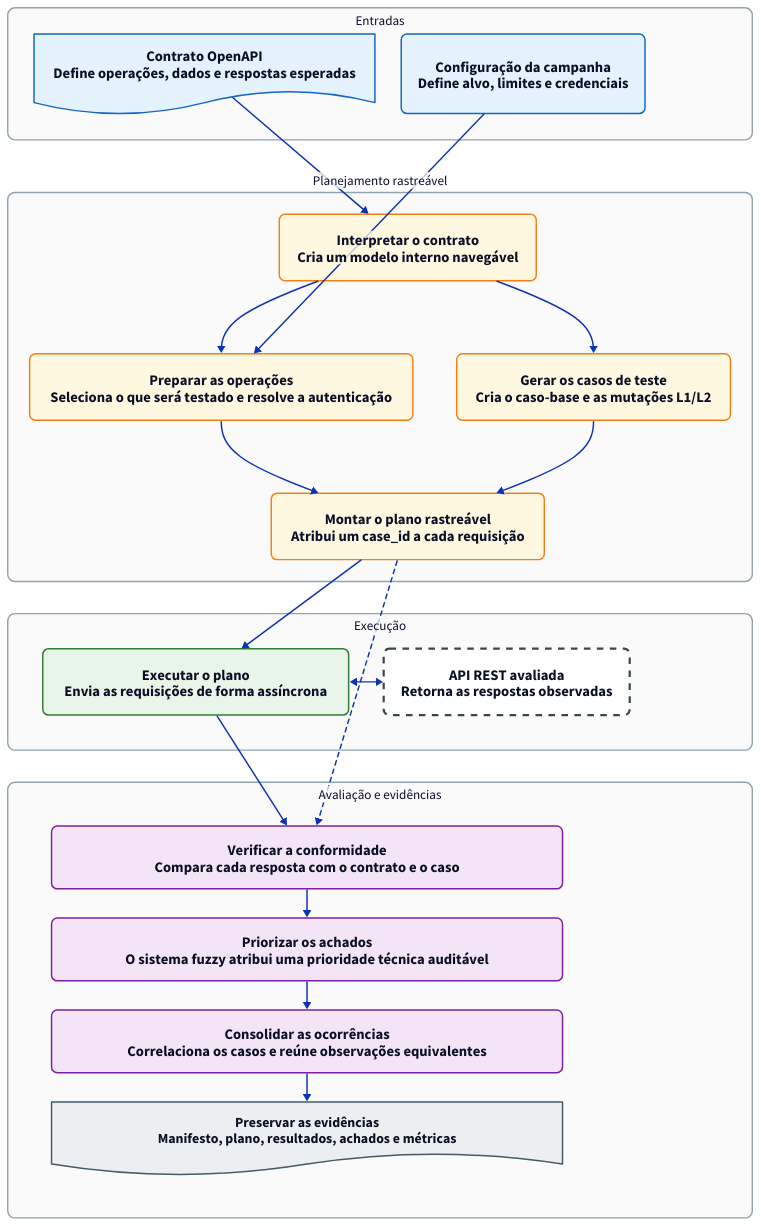
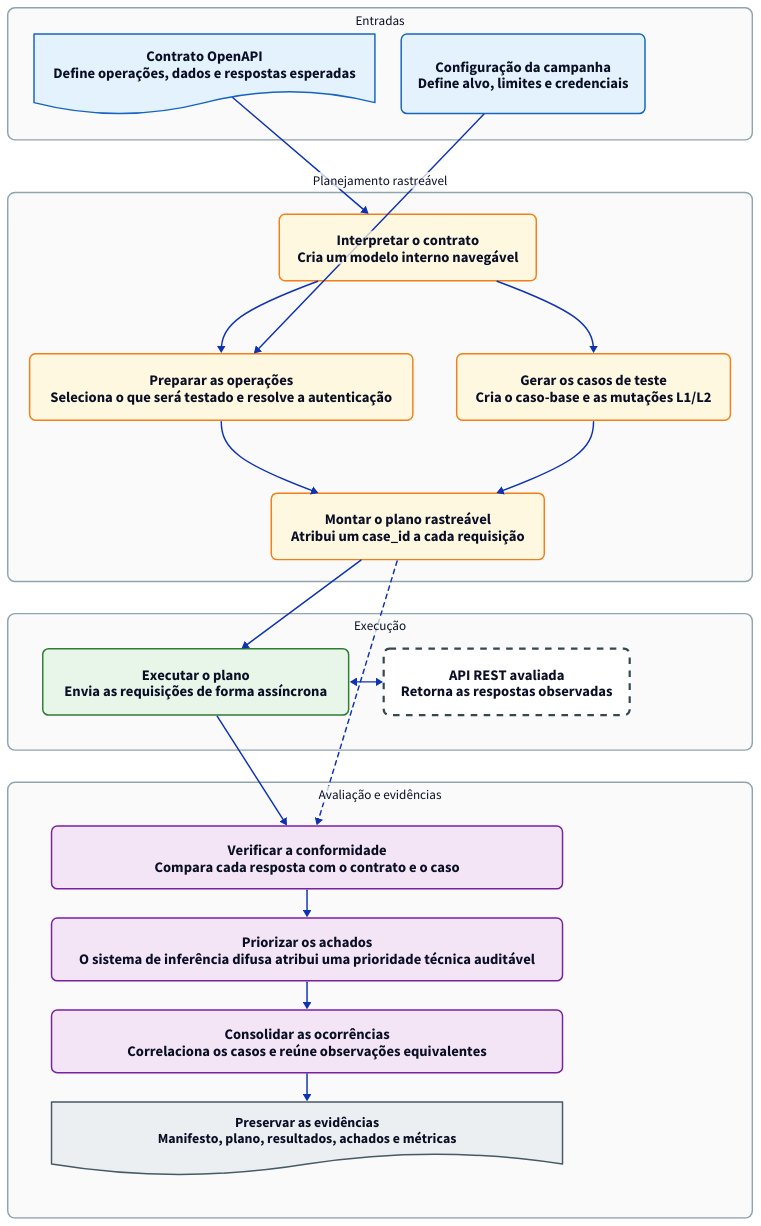
One commit to Levi-21545/api-fuzzer changed the diagram in docs/Diagrams/system-architecture.d2. Above: the diagram before and after it, drawn with D2. The commit also changed 11 other files, not shown here.

```diff
--- a/docs/Diagrams/system-architecture.d2
+++ b/docs/Diagrams/system-architecture.d2
@@ -1,156 +1,156 @@
 # Arquitetura interna do OpenAPI Contract Fuzzer
 # d2 --layout elk --pad 32 system-architecture.d2 system-architecture.svg
 
 direction: down
 grid-columns: 1
 grid-gap: 44
 style.fill: "#FFFFFF"
 
 classes: {
   group: {
     style: {
       fill: "#FAFAFA"
       stroke: "#90A4AE"
       stroke-width: 2
       border-radius: 10
       font-size: 18
     }
   }
   input: {
     style: {
       fill: "#E3F2FD"
       stroke: "#1565C0"
       stroke-width: 2
       border-radius: 8
       font-size: 20
     }
   }
   planning: {
     style: {
       fill: "#FFF8E1"
       stroke: "#F57F17"
       stroke-width: 2
       border-radius: 8
       font-size: 20
     }
   }
   runtime: {
     style: {
       fill: "#E8F5E9"
       stroke: "#2E7D32"
       stroke-width: 2
       border-radius: 8
       font-size: 20
     }
   }
   evaluation: {
     style: {
       fill: "#F3E5F5"
       stroke: "#7B1FA2"
       stroke-width: 2
       border-radius: 8
       font-size: 20
     }
   }
   evidence: {
     shape: document
     style: {
       fill: "#ECEFF1"
       stroke: "#455A64"
       stroke-width: 2
       font-size: 19
     }
   }
   external: {
     style: {
       fill: "#FFFFFF"
       stroke: "#37474F"
       stroke-width: 3
       stroke-dash: 3
       border-radius: 8
       font-size: 20
     }
   }
 }
 
 inputs: "Entradas" {
   grid-columns: 2
   grid-gap: 36
   class: group
 
   contract: "Contrato OpenAPI\nDefine operações, dados e respostas esperadas" {
     shape: document
     class: input
   }
   configuration: "Configuração da campanha\nDefine alvo, limites e credenciais" {
     class: input
   }
 }
 
 plan: "Planejamento rastreável" {
   direction: down
   class: group
 
   parser: "Interpretar o contrato\nCria um modelo interno navegável" {
     class: planning
   }
   generation: "Gerar os casos de teste\nCria o caso-base e as mutações L1/L2" {
     class: planning
   }
   selection: "Preparar as operações\nSeleciona o que será testado e resolve a autenticação" {
     class: planning
   }
   builder: "Montar o plano rastreável\nAtribui um case_id a cada requisição" {
     class: planning
   }
 }
 
 execution: "Execução" {
   grid-columns: 2
   grid-gap: 48
   class: group
 
   runner: "Executar o plano\nEnvia as requisições de forma assíncrona" {
     class: runtime
   }
   target: "API REST avaliada\nRetorna as respostas observadas" {
     class: external
   }
 }
 
 evaluation: "Avaliação e evidências" {
   direction: down
   grid-columns: 1
   class: group
 
   analyzer: "Verificar a conformidade\nCompara cada resposta com o contrato e o caso" {
     class: evaluation
     width: 700
   }
-  fuzzy: "Priorizar os achados\nO sistema fuzzy atribui uma prioridade técnica auditável" {
+  fuzzy: "Priorizar os achados\nO sistema de inferência difusa atribui uma prioridade técnica auditável" {
     class: evaluation
     width: 700
   }
   postprocess: "Consolidar as ocorrências\nCorrelaciona os casos e reúne observações equivalentes" {
     class: evaluation
     width: 700
   }
   artifacts: "Preservar as evidências\nManifesto, plano, resultados, achados e métricas" {
     class: evidence
     width: 700
   }
 }
 
 inputs.contract -> plan.parser
 inputs.configuration -> plan.selection
 plan.parser -> plan.selection
 plan.parser -> plan.generation
 plan.selection -> plan.builder
 plan.generation -> plan.builder
 plan.builder -> execution.runner
 execution.runner <-> execution.target
 execution.runner -> evaluation.analyzer
 plan.builder -> evaluation.analyzer {
   style.stroke-dash: 3
 }
 evaluation.analyzer -> evaluation.fuzzy -> evaluation.postprocess -> evaluation.artifacts
```
